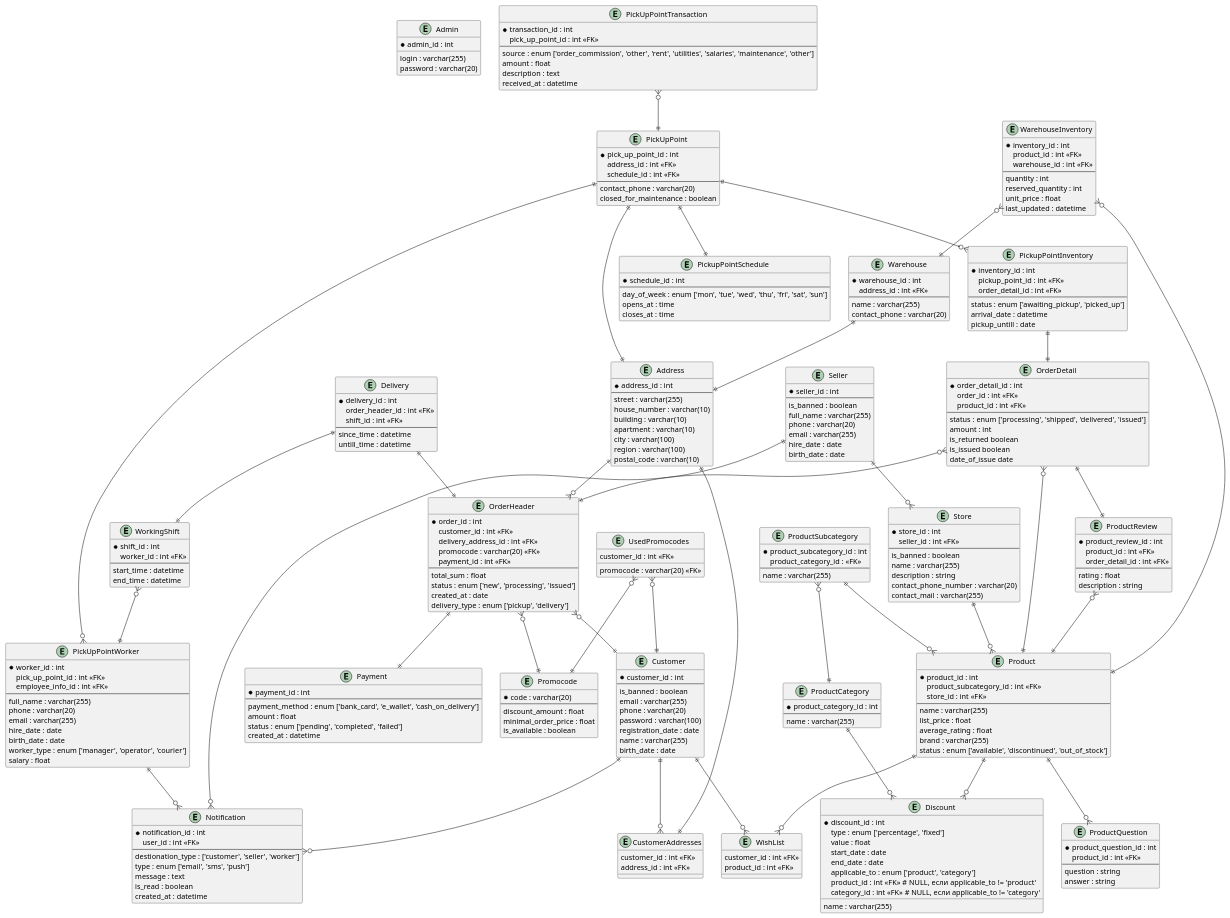
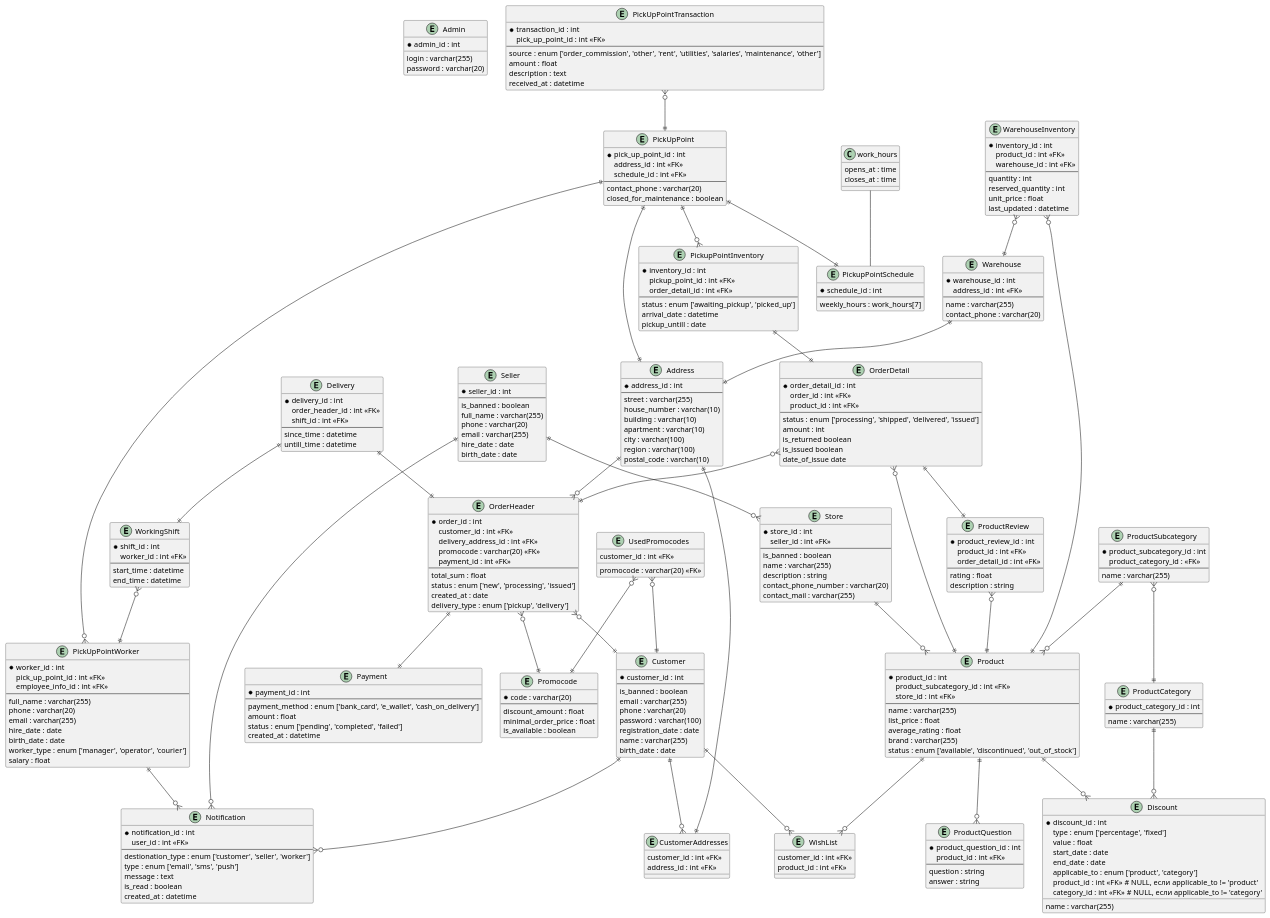
The diagram in README.md (ssnchk/Ozon-db), drawn with PlantUML before and after one commit. The commit also changed 13 other files, not shown here.

```diff
--- a/README.md
+++ b/README.md
@@ -340,15 +340,18 @@
 
 PickUpPointTransaction }o--||PickUpPoint
 
+class work_hours {
+    opens_at : time
+    closes_at : time
+}
 
 entity PickupPointSchedule {
     * schedule_id : int
-    --
-    day_of_week : enum ['mon', 'tue', 'wed', 'thu', 'fri', 'sat', 'sun']
-    opens_at : time
-    closes_at : time 
+    ---
+    weekly_hours : work_hours[7]
 }
 
+work_hours -- PickupPointSchedule
 PickUpPoint ||--||PickupPointSchedule
 PickUpPoint ||--|| Address
 
@@ -418,7 +421,7 @@
   * notification_id : int
   user_id : int <<FK>>
   --
-  destionation_type : ['customer', 'seller', 'worker']
+  destionation_type : enum ['customer', 'seller', 'worker']
   type : enum ['email', 'sms', 'push']
   message : text
   is_read : boolean
```
